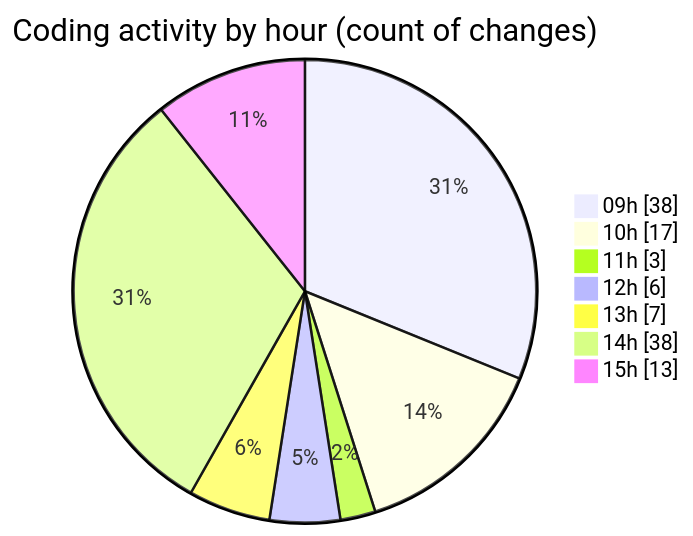
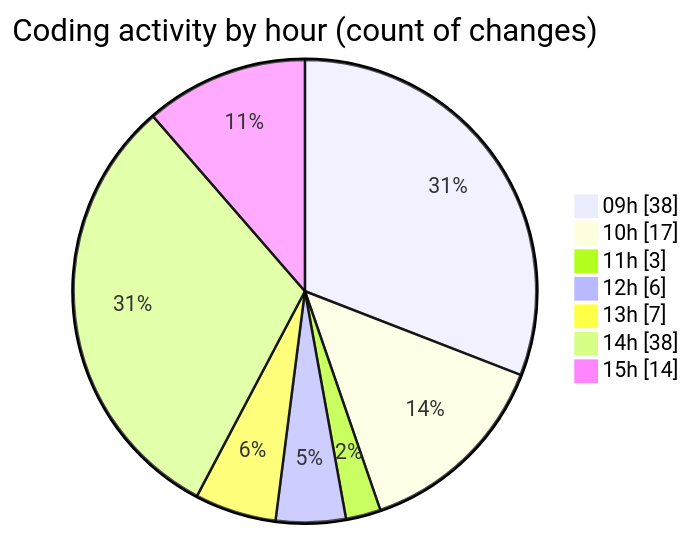
The second of 2 diagrams in 2026-10-22/cda/README.md (momahboobian/code-tracking), drawn with Mermaid before and after one commit. The commit also changed other lines of this file and 1 other file, not shown here.

````diff
--- a/2026-10-22/cda/README.md
+++ b/2026-10-22/cda/README.md
@@ -51,11 +51,11 @@
 ```mermaid
 pie showData
 title Coding activity by hour (count of changes)
 "09h" : 38
 "10h" : 17
 "11h" : 3
 "12h" : 6
 "13h" : 7
 "14h" : 38
-"15h" : 13
+"15h" : 14
 ```
````
